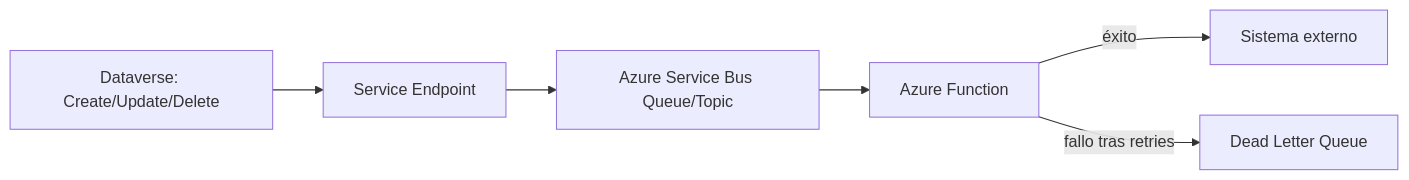
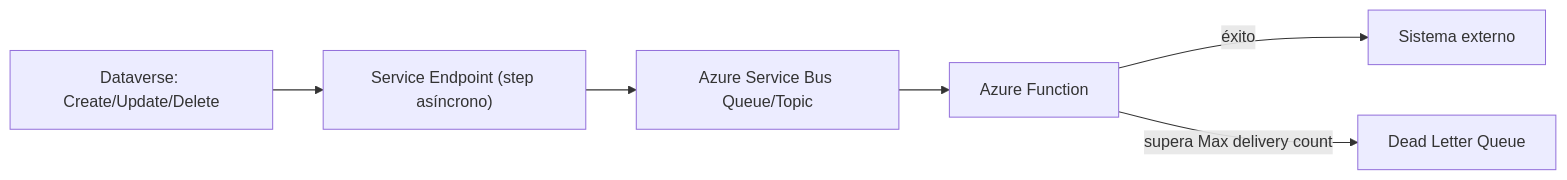
One commit to EdwingAlarcon/PlanEstudio changed the diagram in app-elearning/content/modules/avanzado/24-integraciones-con-azure-services.md. Above: the diagram before and after it, drawn with Mermaid. The commit also changed other lines of this file and 59 other files, not shown here.

````diff
--- a/app-elearning/content/modules/avanzado/24-integraciones-con-azure-services.md
+++ b/app-elearning/content/modules/avanzado/24-integraciones-con-azure-services.md
@@ -33,8 +41,8 @@
 ```mermaid
 graph LR
-  A["Dataverse: Create/Update/Delete"] --> B["Service Endpoint"]
+  A["Dataverse: Create/Update/Delete"] --> B["Service Endpoint (step asíncrono)"]
   B --> C["Azure Service Bus Queue/Topic"]
   C --> D["Azure Function"]
   D -->|"éxito"| E["Sistema externo"]
-  D -->|"fallo tras retries"| F["Dead Letter Queue"]
+  D -->|"supera Max delivery count"| F["Dead Letter Queue"]
 ```
````
